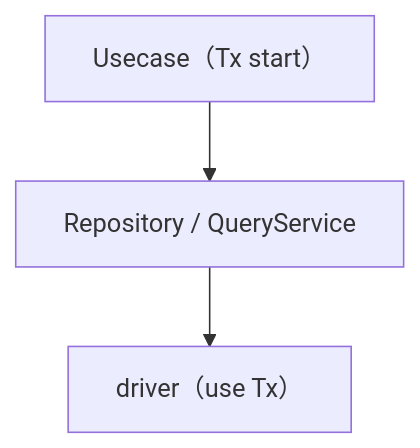
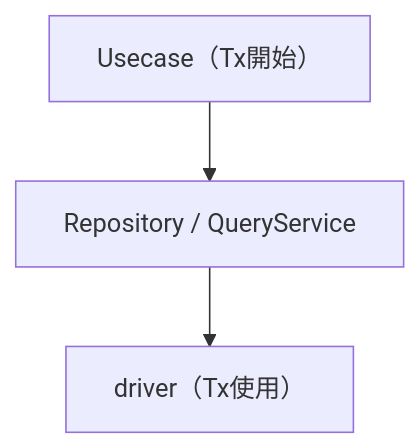
Before and after one commit to Tomy-ch/go-boilerplate: the third of 5 diagrams in internal/infrastructure/README.md, drawn with Mermaid. The commit also changed other lines of this file and 970 other files, not shown here.

````diff
--- a/internal/infrastructure/README.md
+++ b/internal/infrastructure/README.md
@@ -52,8 +52,8 @@
 ```mermaid
 flowchart TB
-    UC["Usecase（Tx start）"]
+    UC["Usecase（Tx開始）"]
     Repo["Repository / QueryService"]
-    Driver["driver（use Tx）"]
+    Driver["driver（Tx使用）"]
 
     UC --> Repo --> Driver
 ```
````
